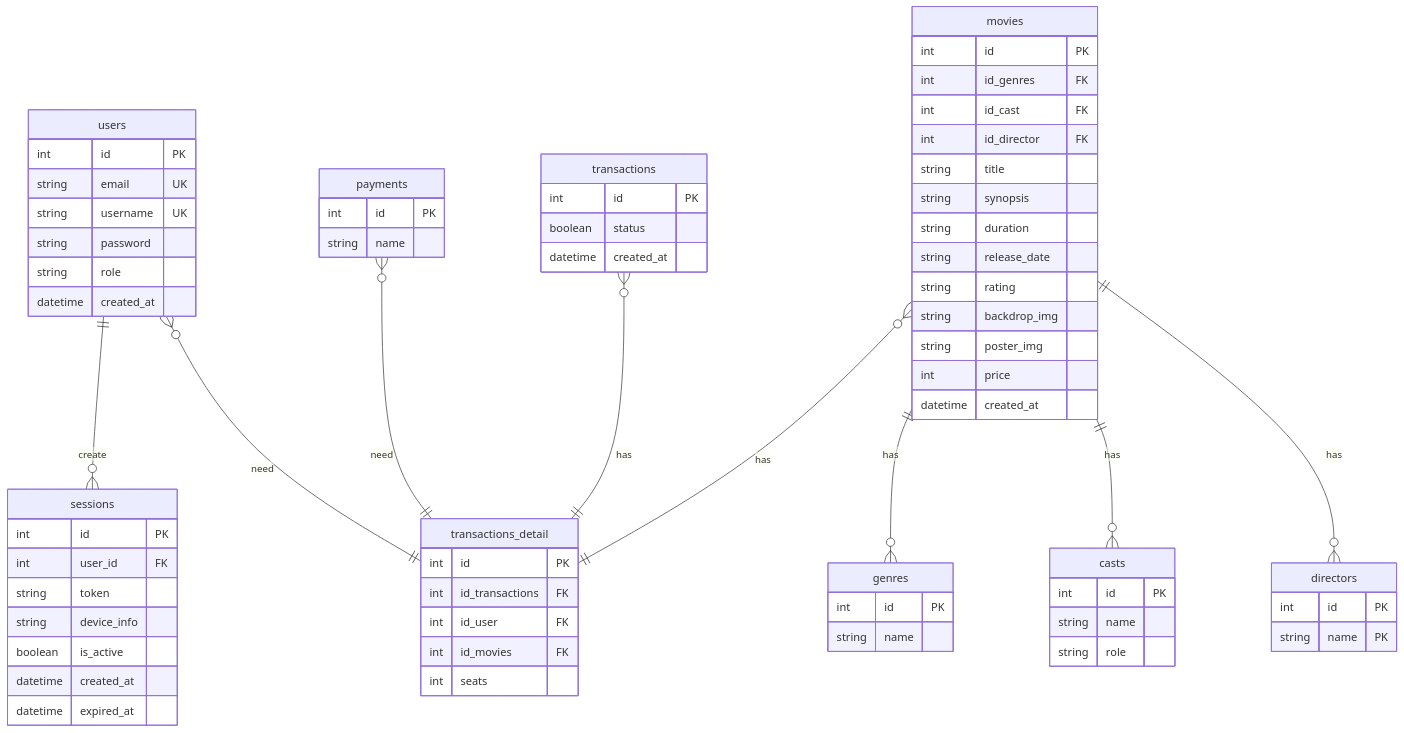
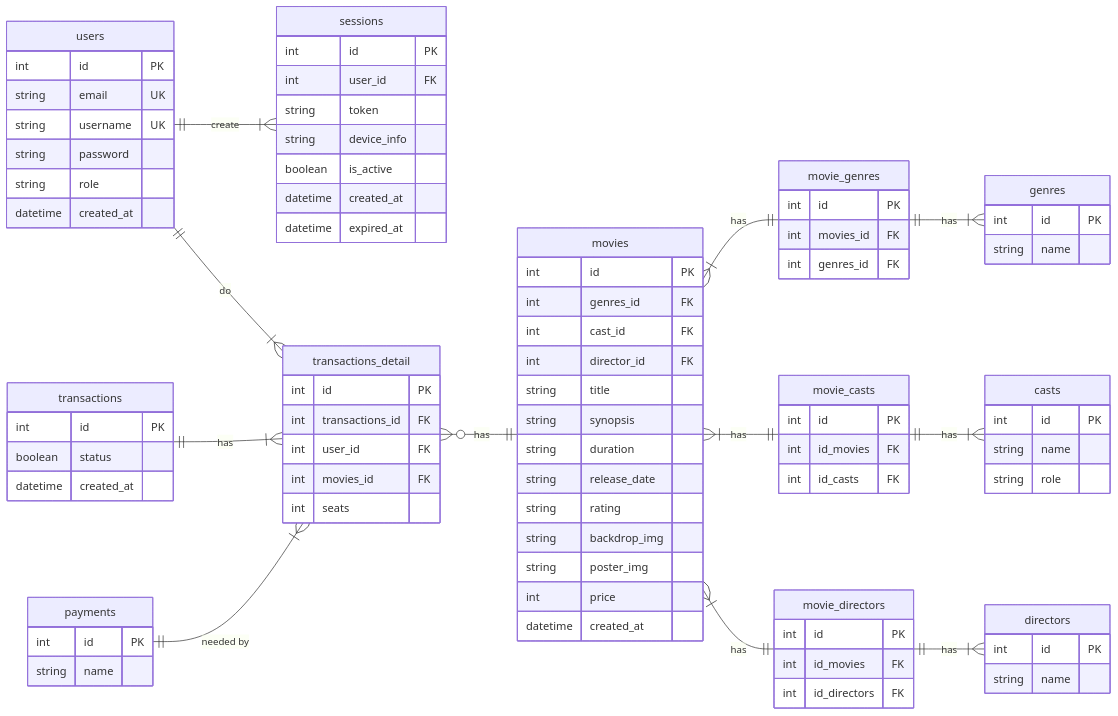
One commit to devbydenis/fgo24-db-weeklytask changed the diagram in README.md. Above: the diagram before and after it, drawn with Mermaid. The commit also changed other lines of this file and 3 other files, not shown here.

Commit message:
feat: erd adjustment

````diff
--- a/README.md
+++ b/README.md
@@ -3,30 +5,33 @@
 ```mermaid
 
 erDiagram
+    direction LR
 
-    users ||--o{ sessions : "create"
-    movies ||--o{ genres : "has"
-    movies ||--o{ casts : "has"
-    movies ||--o{ directors : "has"
-
-    users }o--||transactions_detail:need
-    payments }o--||transactions_detail:need
-    transactions }o--|| transactions_detail:has
-    movies }o--||transactions_detail:has
+    users ||--|{ sessions :create
+    movie_genres||--|{ genres:has
+    transactions ||--|{ transactions_detail:has
+    transactions_detail }o--||movies:has
+    movies }|--|| movie_genres:has
+    movie_casts||--|{ casts:has
+    movies }|--|| movie_casts:has
+    movies }|--|| movie_directors : has
+    movie_directors||--|{ directors:has
+    users ||--|{ transactions_detail:do
+    payments||--|{transactions_detail:"needed by"
 
     users {
         int       id            PK
-        string    email         UK    
+        string    email         UK
         string    username      UK
         string    password
         string    role
         datetime  created_at
     }
-    
+
     sessions {
         int       id            PK
         int       user_id       FK
-        string    token         
+        string    token
         string    device_info
         boolean   is_active
         datetime  created_at
@@ -35,23 +40,41 @@
 
     movies {
         int         id              PK
-        int         id_genres       FK
-        int         id_cast         FK
-        int         id_director     FK     
-        string      title               
+        int         genres_id       FK
+        int         cast_id         FK
+        int         director_id     FK
+        string      title
         string      synopsis
         string      duration
         string      release_date
         string      rating
-        string      backdrop_img     
+        string      backdrop_img
         string      poster_img
-        int         price       
-        datetime    created_at        
+        int         price
+        datetime    created_at
     }
+
+    movie_casts{
+        int    id   PK
+        int    id_movies    FK
+        int    id_casts    FK
+    }
+
+    movie_directors{
+        int    id   PK
+        int    id_movies    FK
+        int    id_directors    FK
+    }
+
 
     genres {
         int     id    PK
-        string  name  
+        string  name
+    }
+    movie_genres{
+        int    id   PK
+        int    movies_id    FK
+        int    genres_id    FK
     }
 
     casts {
@@ -60,9 +83,10 @@
         string  role
     }
 
+
     directors {
         int     id    PK
-        string  name  PK   
+        string  name  
     }
 
     payments{
@@ -78,15 +102,10 @@
 
     transactions_detail {
         int     id               PK
-        int     id_transactions  FK
-        int     id_user          FK
-        int     id_movies        FK
+        int     transactions_id  FK
+        int     user_id          FK
+        int     movies_id        FK
         int     seats
-
     }
-    
-    
-    
-
 
 ```
````
